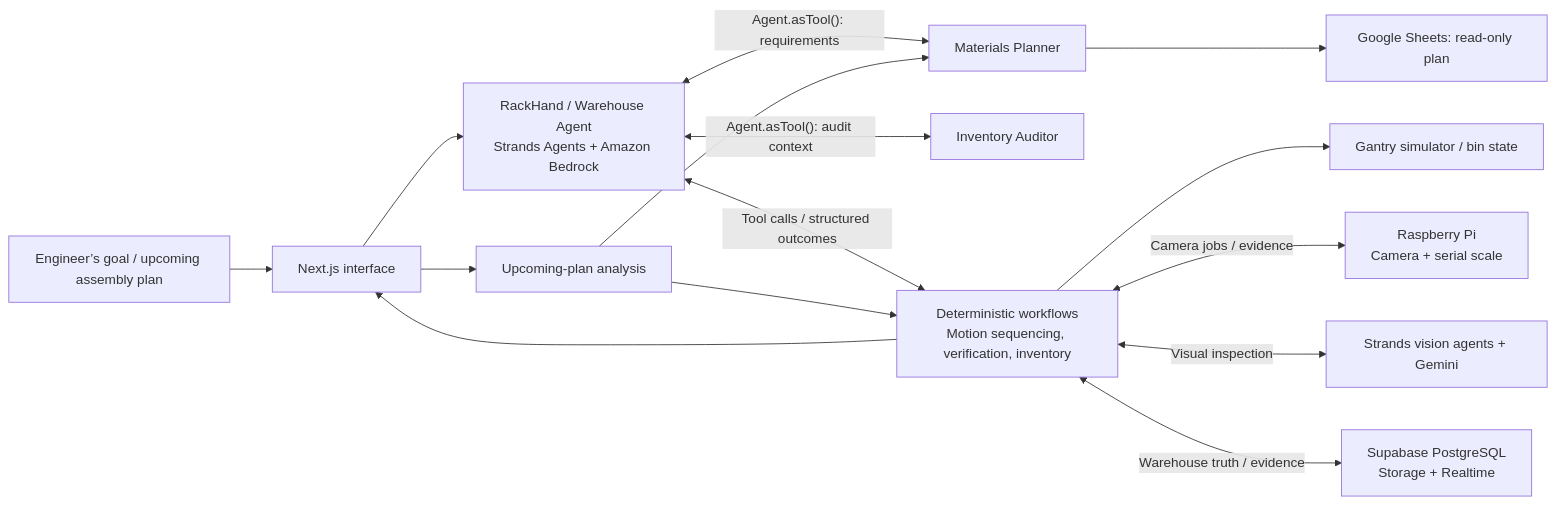
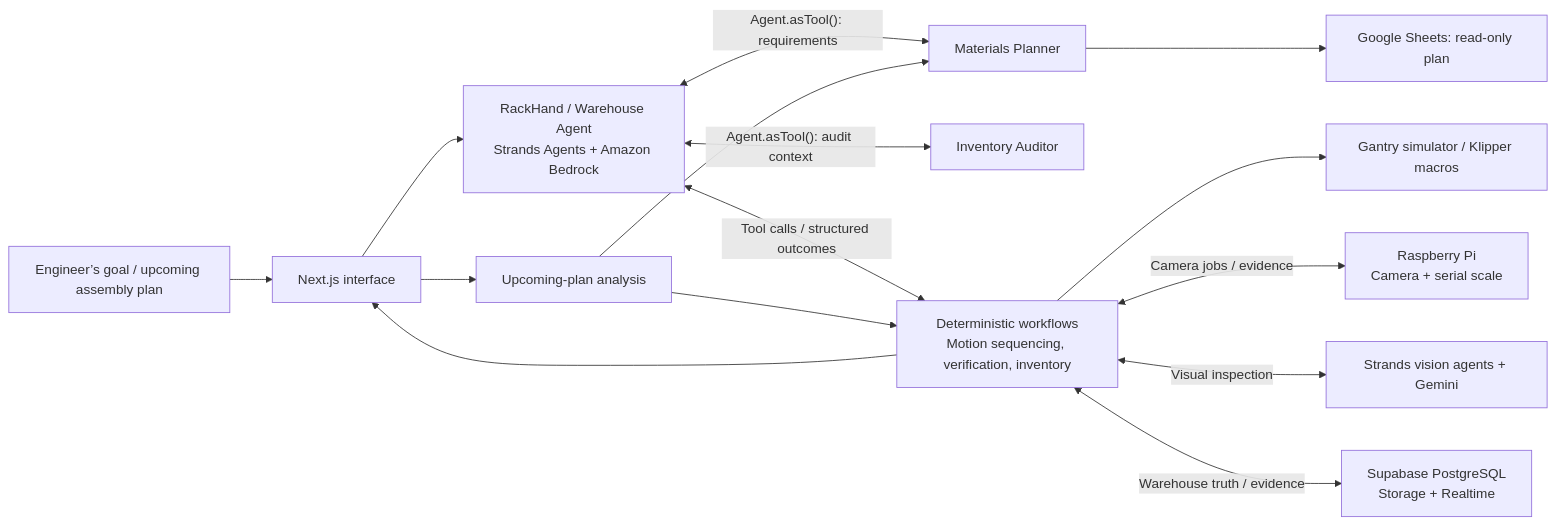
Before and after one commit to enbotics/rackhand: the diagram in README.md, drawn with Mermaid. The commit also changed other lines of this file and 24 other files, not shown here.

````diff
--- a/README.md
+++ b/README.md
@@ -58,17 +58,17 @@
 ```mermaid
 flowchart LR
     Engineer["Engineer’s goal / upcoming assembly plan"] --> UI["Next.js interface"]
     UI --> RackHand["RackHand / Warehouse Agent<br/>Strands Agents + Amazon Bedrock"]
     RackHand <-->|"Agent.asTool(): requirements"| Planner["Materials Planner"]
     RackHand <-->|"Agent.asTool(): audit context"| Auditor["Inventory Auditor"]
     RackHand <-->|"Tool calls / structured outcomes"| Services["Deterministic workflows<br/>Motion sequencing, verification, inventory"]
     UI --> Plans["Upcoming-plan analysis"]
     Plans --> Planner
     Plans --> Services
     Planner --> Sheets["Google Sheets: read-only plan"]
-    Services --> Gantry["Gantry simulator / bin state"]
+    Services --> Gantry["Gantry simulator / Klipper macros"]
     Services <-->|"Camera jobs / evidence"| Pi["Raspberry Pi<br/>Camera + serial scale"]
     Services <-->|"Visual inspection"| Vision["Strands vision agents + Gemini"]
     Services <-->|"Warehouse truth / evidence"| Supabase["Supabase PostgreSQL<br/>Storage + Realtime"]
     Services --> UI
 ```
````
